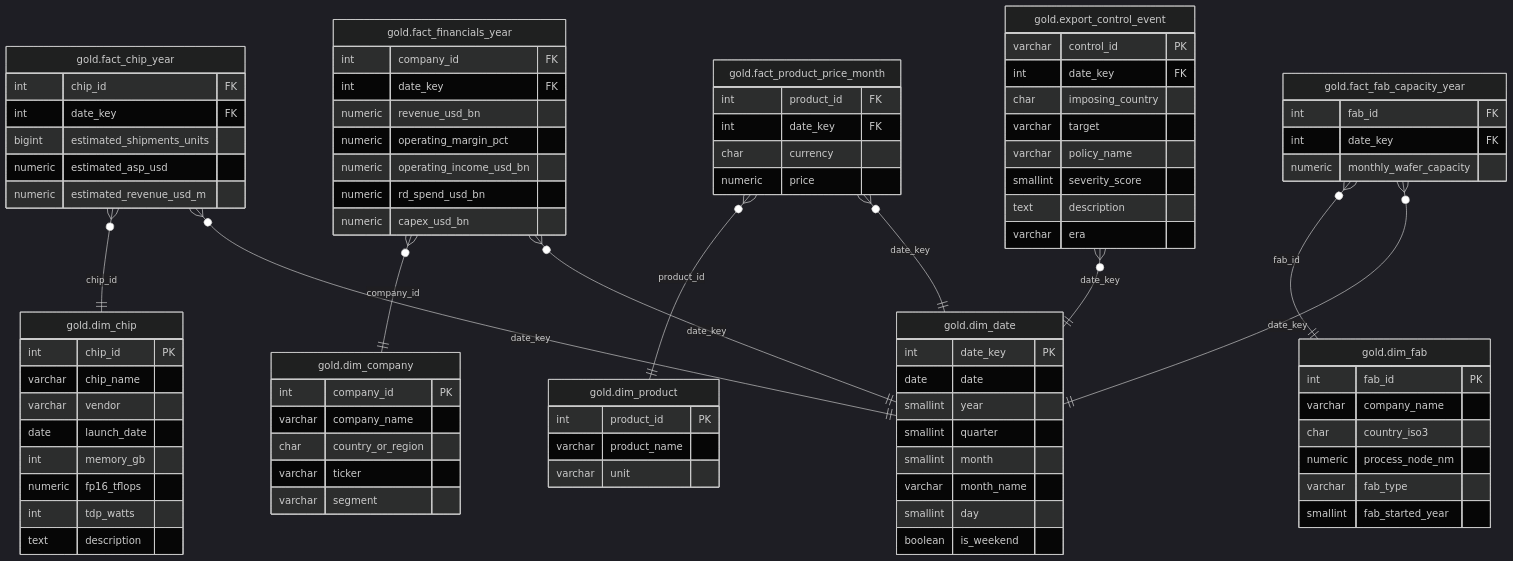
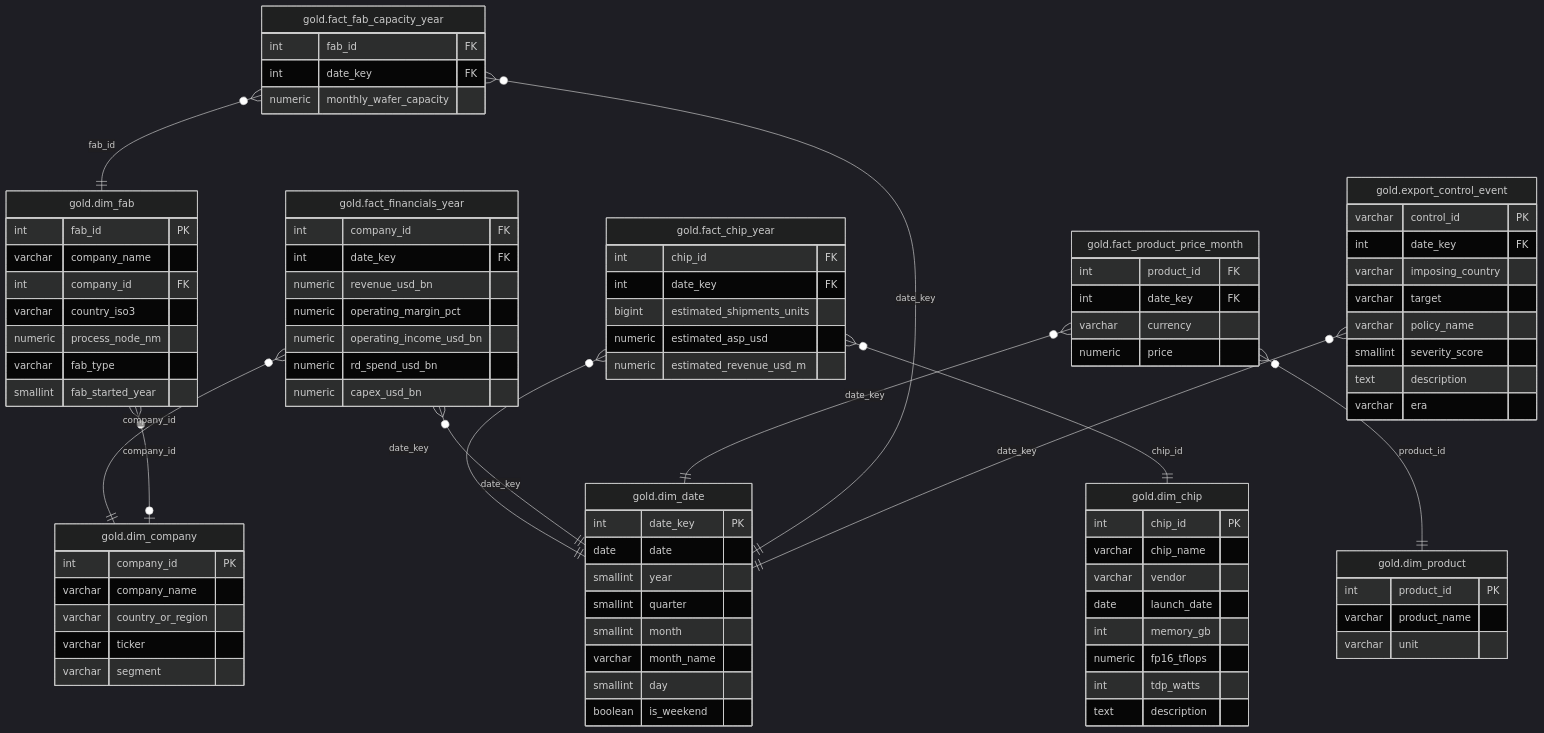
One commit to valterex/semiconductor-star-schema changed the diagram in README.md. Above: the diagram before and after it, drawn with Mermaid (dark theme). The commit also changed other lines of this file and 5 other files, not shown here.

Commit message:
refactor: conform dim_fab to dim_company and harden schema types

```diff
--- a/README.md
+++ b/README.md
@@ -45,6 +46,7 @@
 "gold.fact_fab_capacity_year" }o--|| "gold.dim_fab" : "fab_id"
 "gold.fact_fab_capacity_year" }o--|| "gold.dim_date" : "date_key"
 "gold.export_control_event" }o--|| "gold.dim_date" : "date_key"
+"gold.dim_fab" }o--o| "gold.dim_company" : "company_id"
 
 "gold.dim_date" {
   int date_key PK
@@ -76,7 +78,7 @@
 "gold.dim_company" {
   int company_id PK
   varchar company_name
-  char country_or_region
+  varchar country_or_region
   varchar ticker
   varchar segment
 }
@@ -97,13 +99,14 @@
 "gold.fact_product_price_month" {
   int product_id FK
   int date_key FK
-  char currency
+  varchar currency
   numeric price
 }
 "gold.dim_fab" {
   int fab_id PK
   varchar company_name
-  char country_iso3
+  int company_id FK
+  varchar country_iso3
   numeric process_node_nm
   varchar fab_type
   smallint fab_started_year
@@ -116,7 +119,7 @@
 "gold.export_control_event" {
   varchar control_id PK
   int date_key FK
-  char imposing_country
+  varchar imposing_country
   varchar target
   varchar policy_name
   smallint severity_score
```
